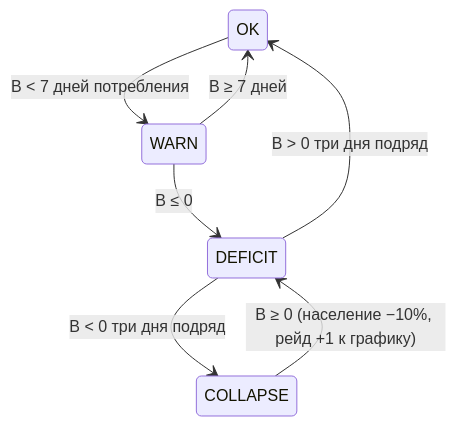
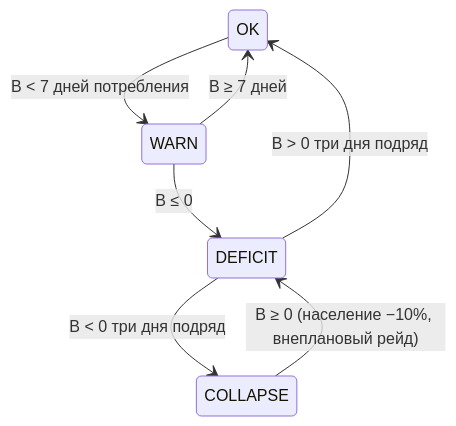
One commit to DmitriyRudenskiy/sigil-of-the-unwilling changed the diagram in docs/06-economy.md. Above: the diagram before and after it, drawn with Mermaid. The commit also changed other lines of this file and 21 other files, not shown here.

````diff
--- a/docs/06-economy.md
+++ b/docs/06-economy.md
@@ -44,9 +46,9 @@
 ```mermaid
 stateDiagram-v2
     OK --> WARN: B < 7 дней потребления
     WARN --> OK: B ≥ 7 дней
     WARN --> DEFICIT: B ≤ 0
     DEFICIT --> OK: B > 0 три дня подряд
     DEFICIT --> COLLAPSE: B < 0 три дня подряд
-    COLLAPSE --> DEFICIT: B ≥ 0 (население −10%, рейд +1 к графику)
+    COLLAPSE --> DEFICIT: B ≥ 0 (население −10%, внеплановый рейд)
 ```
````
